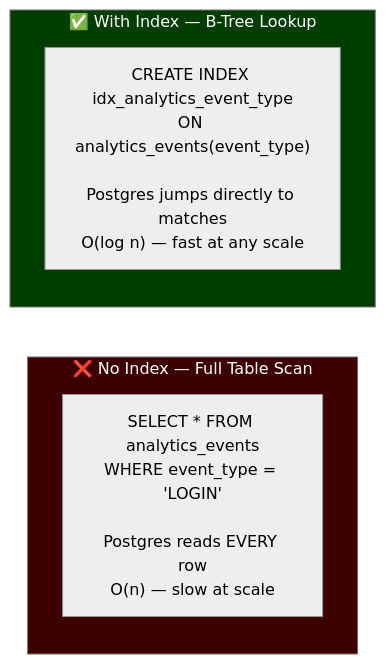
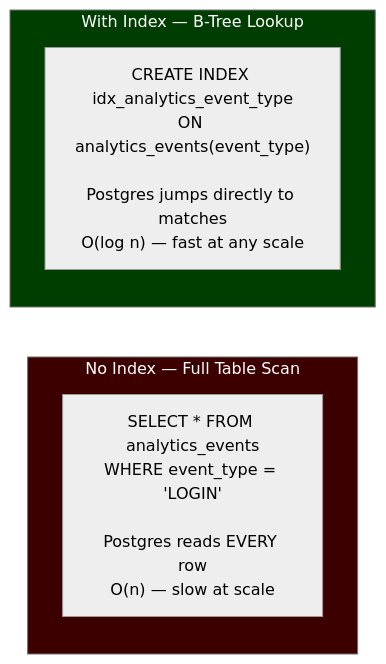
Before and after one commit to Ochanda-Charles/Event-scheduling-system: diagram 13 of 15 in README.md, drawn with Mermaid (neutral theme). The commit also changed other lines of this file, not shown here.

````diff
--- a/README.md
+++ b/README.md
@@ -681,13 +681,13 @@
 ```mermaid
 flowchart LR
-    subgraph NoIndex ["❌ No Index — Full Table Scan"]
-        NI["SELECT * FROM analytics_events\nWHERE event_type = 'LOGIN'\n\nPostgres reads EVERY row\nO(n) — slow at scale"]
-    end
+ subgraph NoIndex [" No Index — Full Table Scan"]
+ NI["SELECT * FROM analytics_events\nWHERE event_type = 'LOGIN'\n\nPostgres reads EVERY row\nO(n) — slow at scale"]
+ end
 
-    subgraph WithIndex ["✅ With Index — B-Tree Lookup"]
-        WI["CREATE INDEX idx_analytics_event_type\nON analytics_events(event_type)\n\nPostgres jumps directly to matches\nO(log n) — fast at any scale"]
-    end
+ subgraph WithIndex [" With Index — B-Tree Lookup"]
+ WI["CREATE INDEX idx_analytics_event_type\nON analytics_events(event_type)\n\nPostgres jumps directly to matches\nO(log n) — fast at any scale"]
+ end
 
-    style NoIndex fill:#3d0000,color:#fff
-    style WithIndex fill:#003d00,color:#fff
+ style NoIndex fill:#3d0000,color:#fff
+ style WithIndex fill:#003d00,color:#fff
 ```
````
